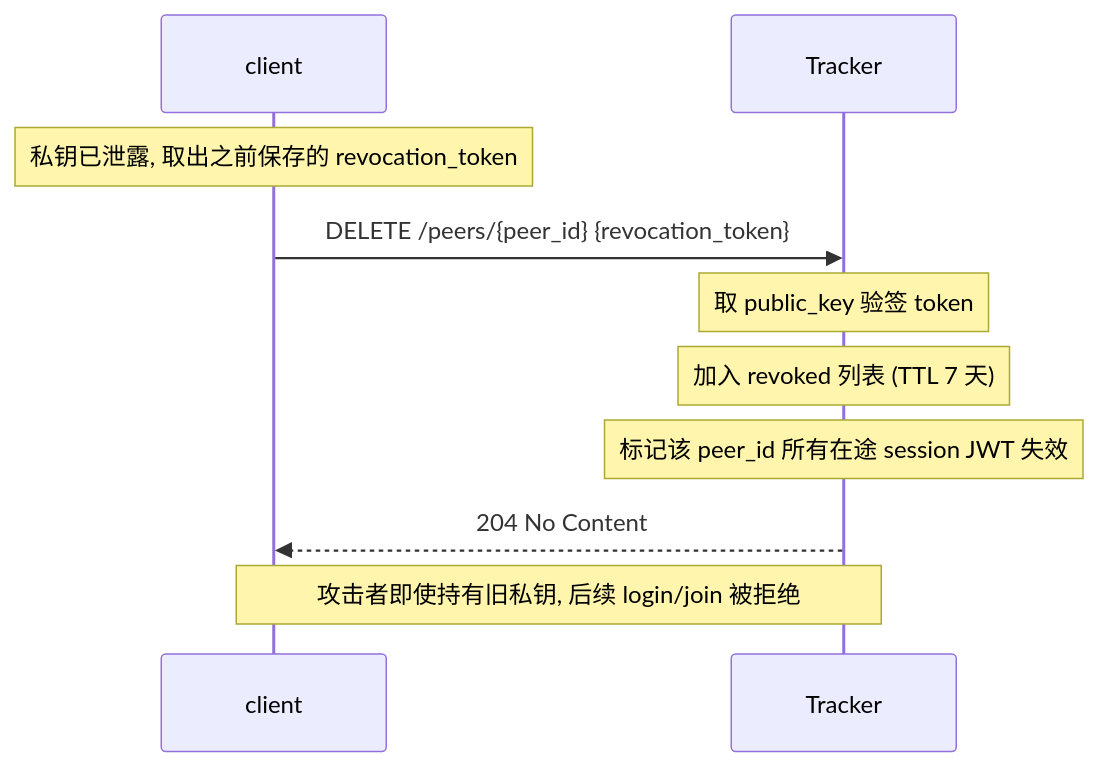
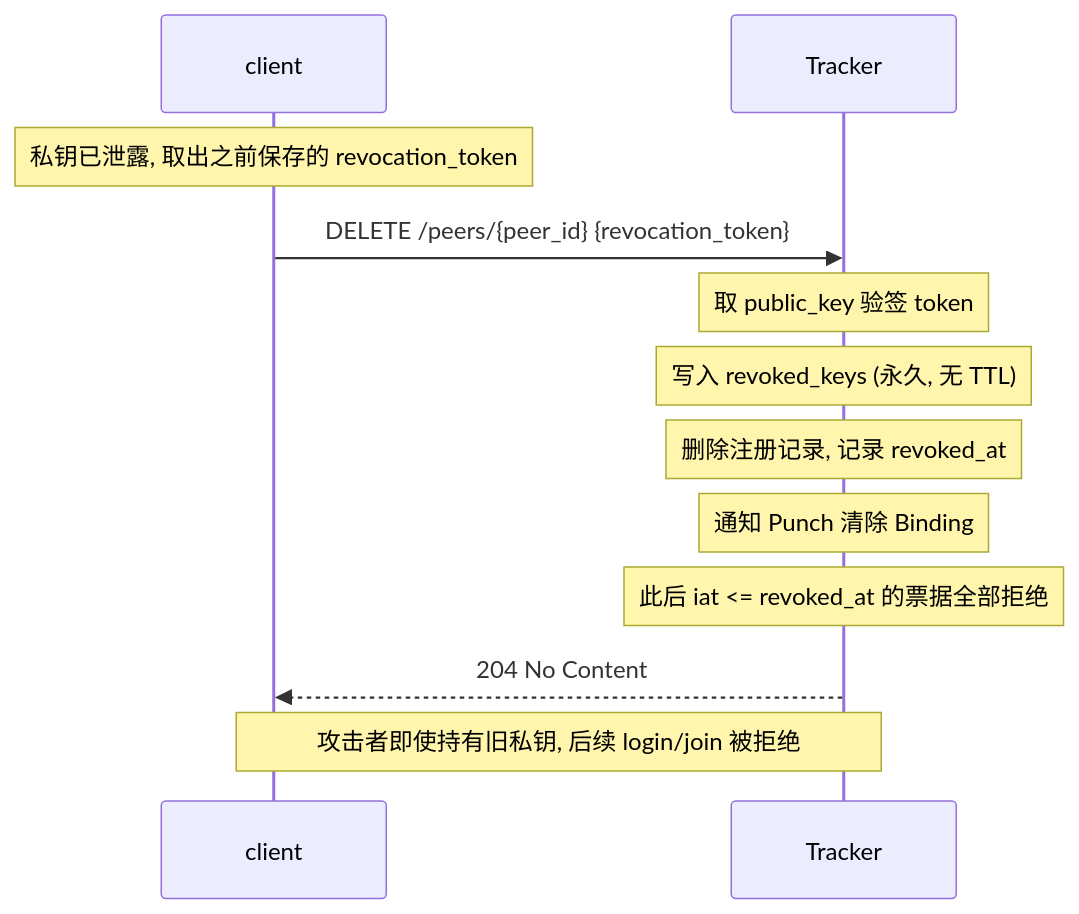
The third of 15 diagrams in docs/design/p2p-technical.md (mivinci/p2p), drawn with Mermaid before and after one commit. The commit also changed other lines of this file and 1 other file, not shown here.

````diff
--- a/docs/design/p2p-technical.md
+++ b/docs/design/p2p-technical.md
@@ -449,13 +493,15 @@
 ```mermaid
 sequenceDiagram
     participant C as client
     participant T as Tracker
 
     Note over C: 私钥已泄露, 取出之前保存的 revocation_token
     C->>T: DELETE /peers/{peer_id} {revocation_token}
     Note over T: 取 public_key 验签 token
-    Note over T: 加入 revoked 列表 (TTL 7 天)
-    Note over T: 标记该 peer_id 所有在途 session JWT 失效
+    Note over T: 写入 revoked_keys (永久, 无 TTL)
+    Note over T: 删除注册记录, 记录 revoked_at
+    Note over T: 通知 Punch 清除 Binding
+    Note over T: 此后 iat <= revoked_at 的票据全部拒绝
     T-->>C: 204 No Content
     Note over C,T: 攻击者即使持有旧私钥, 后续 login/join 被拒绝
 ```
````
